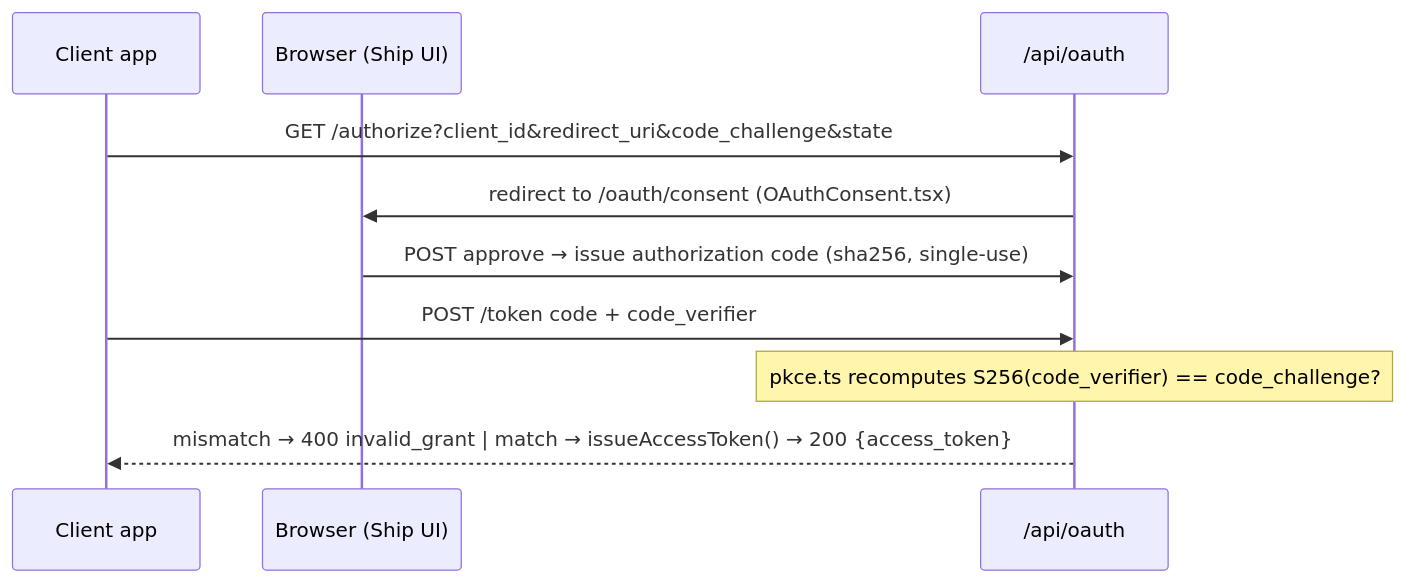
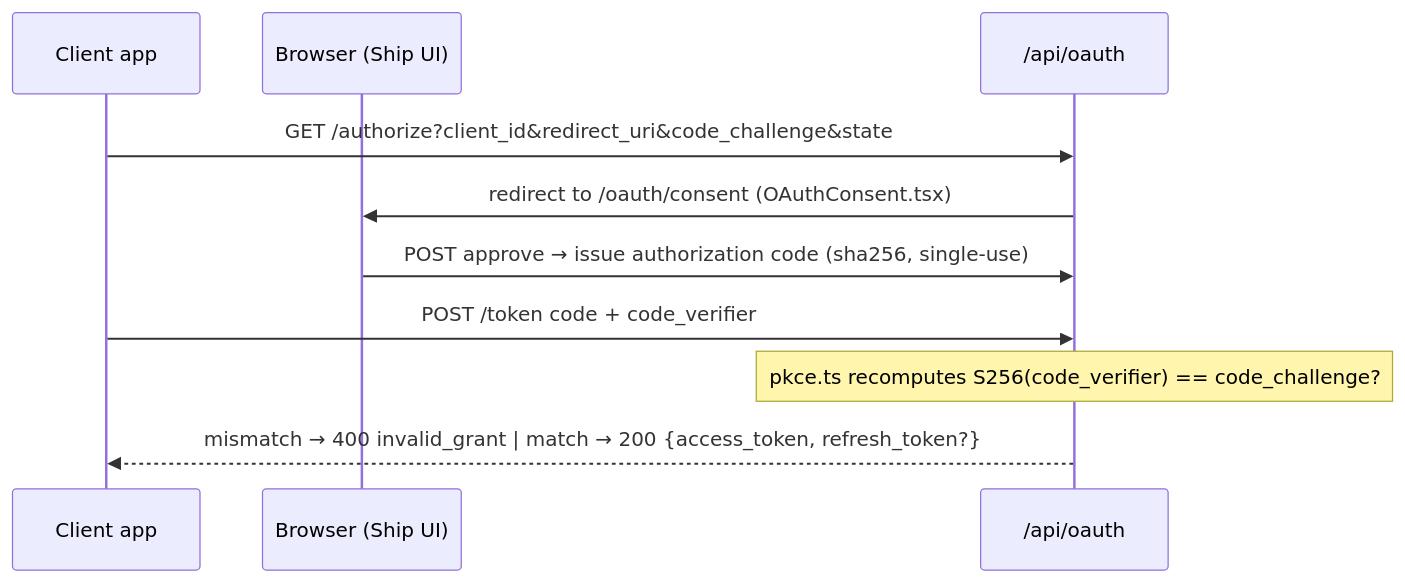
Before and after one commit to ryanjagger/ship: the second of 4 diagrams in docs/architecture.md, drawn with Mermaid. The commit also changed other lines of this file and 5 other files, not shown here.

````diff
--- a/docs/architecture.md
+++ b/docs/architecture.md
@@ -275,12 +342,12 @@
 ```mermaid
 sequenceDiagram
     participant App as Client app
     participant B as Browser (Ship UI)
     participant O as /api/oauth
     App->>O: GET /authorize?client_id&redirect_uri&code_challenge&state
     O->>B: redirect to /oauth/consent (OAuthConsent.tsx)
     B->>O: POST approve  → issue authorization code (sha256, single-use)
     App->>O: POST /token  code + code_verifier
     Note over O: pkce.ts recomputes S256(code_verifier) == code_challenge?
-    O-->>App: mismatch → 400 invalid_grant  |  match → issueAccessToken() → 200 {access_token}
+    O-->>App: mismatch → 400 invalid_grant  |  match → 200 {access_token, refresh_token?}
 ```
````
